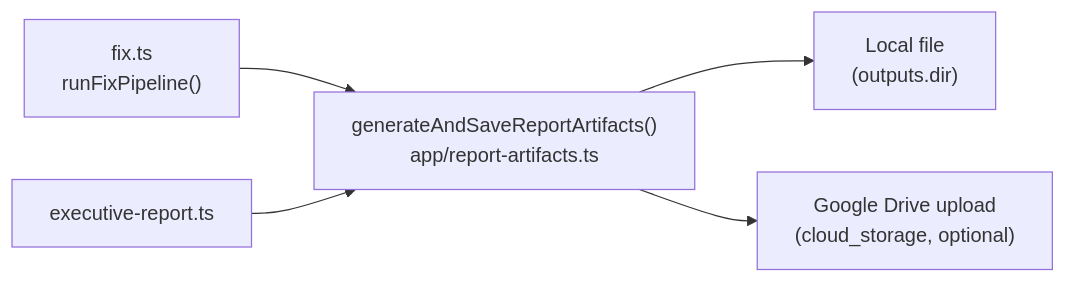
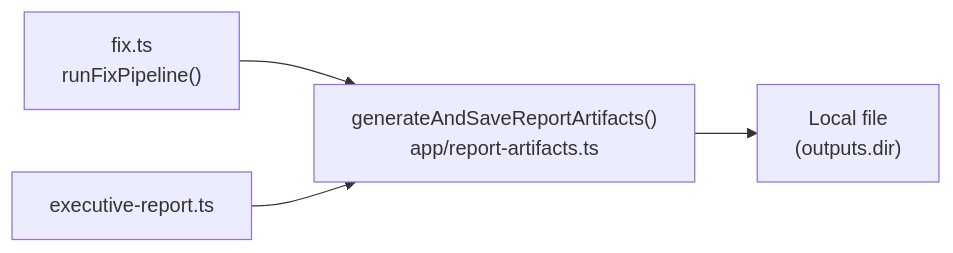
Before and after one commit to juanvictorleite/deep-health: diagram 12 of 14 in docs/architecture.md, drawn with Mermaid. The commit also changed other lines of this file and 37 other files, not shown here.

First line of the commit message:
feat!: remove google drive support

````diff
--- a/docs/architecture.md
+++ b/docs/architecture.md
@@ -904,11 +902,10 @@
 ```mermaid
 flowchart LR
     FIX["fix.ts\nrunFixPipeline()"]
     EXEC["executive-report.ts"]
 
     FIX --> ARTIFACTS["generateAndSaveReportArtifacts()\napp/report-artifacts.ts"]
     EXEC --> ARTIFACTS
 
     ARTIFACTS --> LOCAL["Local file\n(outputs.dir)"]
-    ARTIFACTS --> GDRIVE["Google Drive upload\n(cloud_storage, optional)"]
 ```
````
